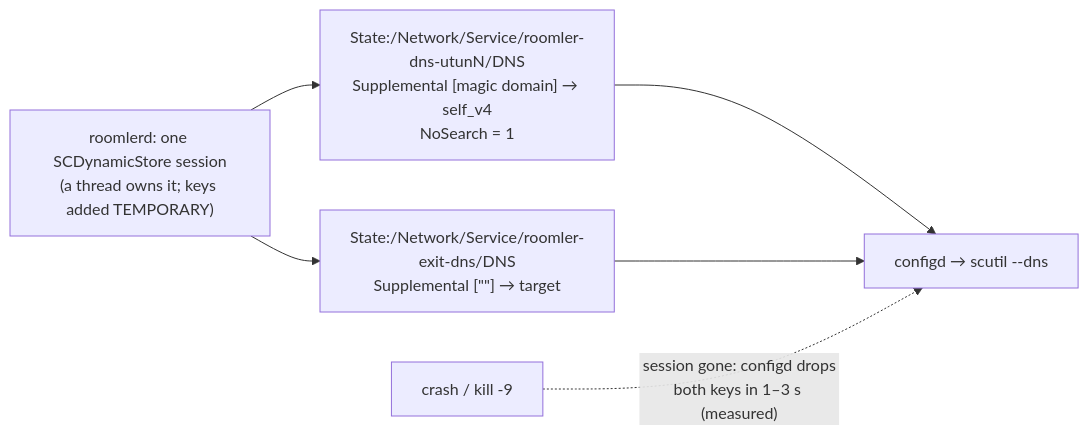
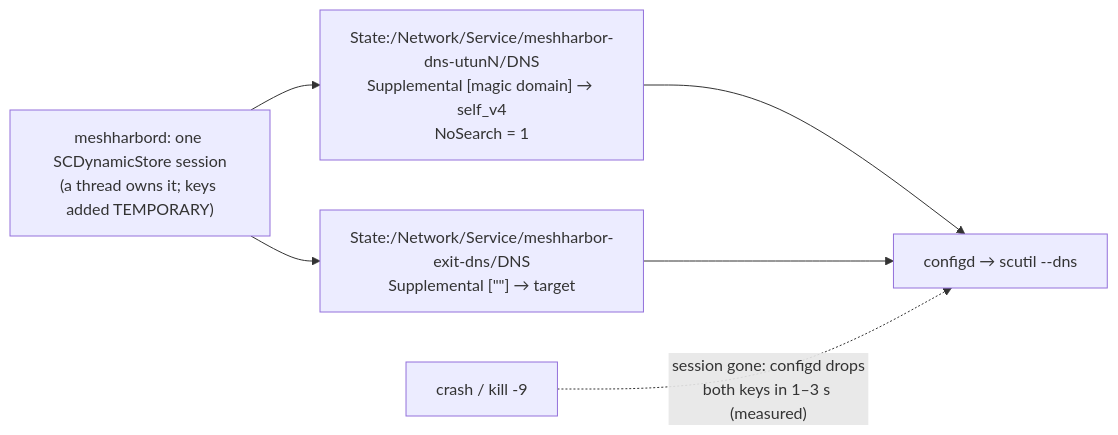
The second of 8 diagrams in docs/overlay-exit-nodes.md (jk-zhang-meta/MeshHarbor), drawn with Mermaid before and after one commit. The commit also changed other lines of this file and 682 other files, not shown here.

````diff
--- a/docs/overlay-exit-nodes.md
+++ b/docs/overlay-exit-nodes.md
@@ -207,9 +207,9 @@
 ```mermaid
 flowchart LR
-    D["roomlerd: one SCDynamicStore session<br/>(a thread owns it; keys added TEMPORARY)"]
-    D --> Z["State:/Network/Service/roomler-dns-utunN/DNS<br/>Supplemental [magic domain] → self_v4<br/>NoSearch = 1"]
-    D --> X["State:/Network/Service/roomler-exit-dns/DNS<br/>Supplemental [&quot;&quot;] → target"]
+    D["meshharbord: one SCDynamicStore session<br/>(a thread owns it; keys added TEMPORARY)"]
+    D --> Z["State:/Network/Service/meshharbor-dns-utunN/DNS<br/>Supplemental [magic domain] → self_v4<br/>NoSearch = 1"]
+    D --> X["State:/Network/Service/meshharbor-exit-dns/DNS<br/>Supplemental [&quot;&quot;] → target"]
     Z --> C["configd → scutil --dns"]
     X --> C
     K["crash / kill -9"] -.->|"session gone: configd drops<br/>both keys in 1–3 s (measured)"| C
 ```
````
